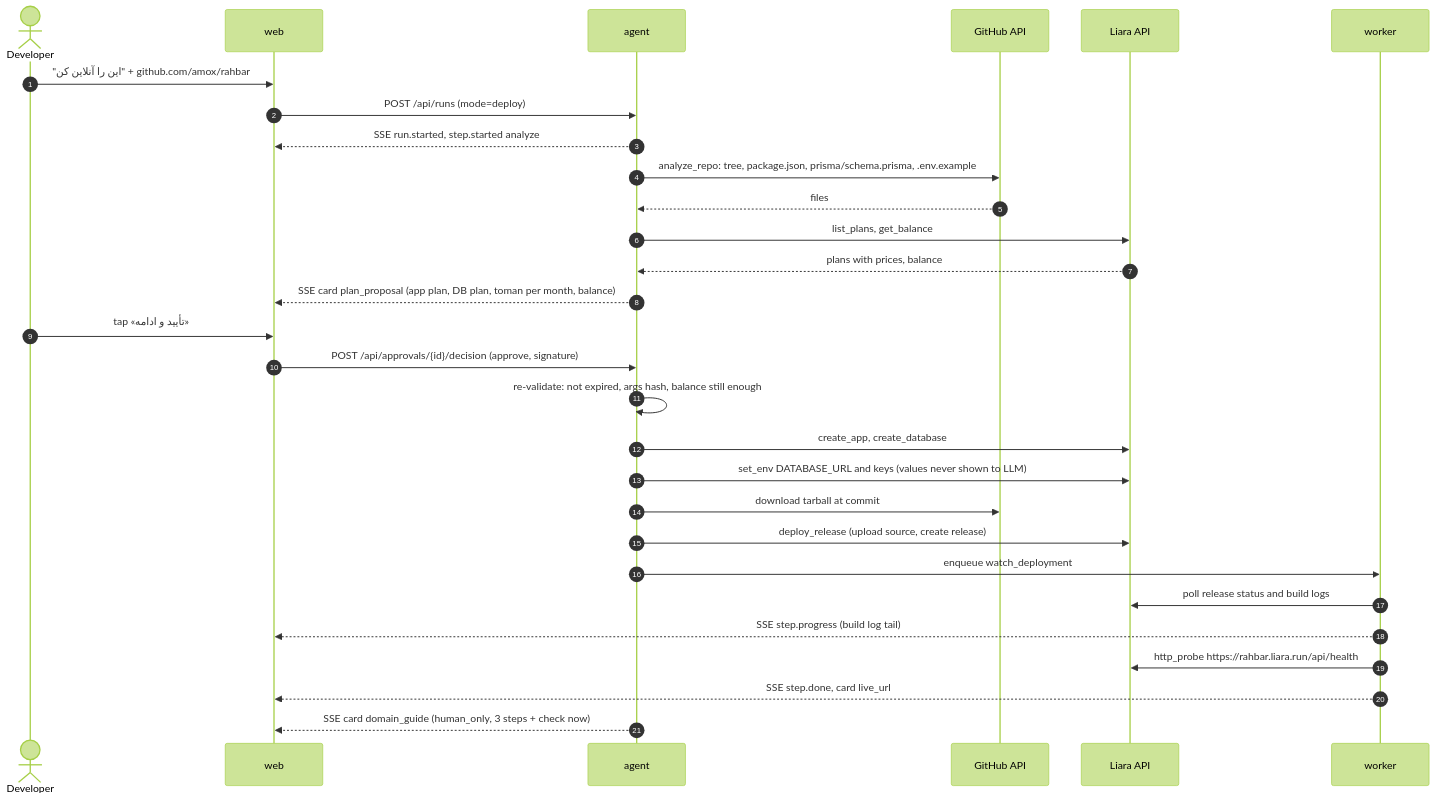
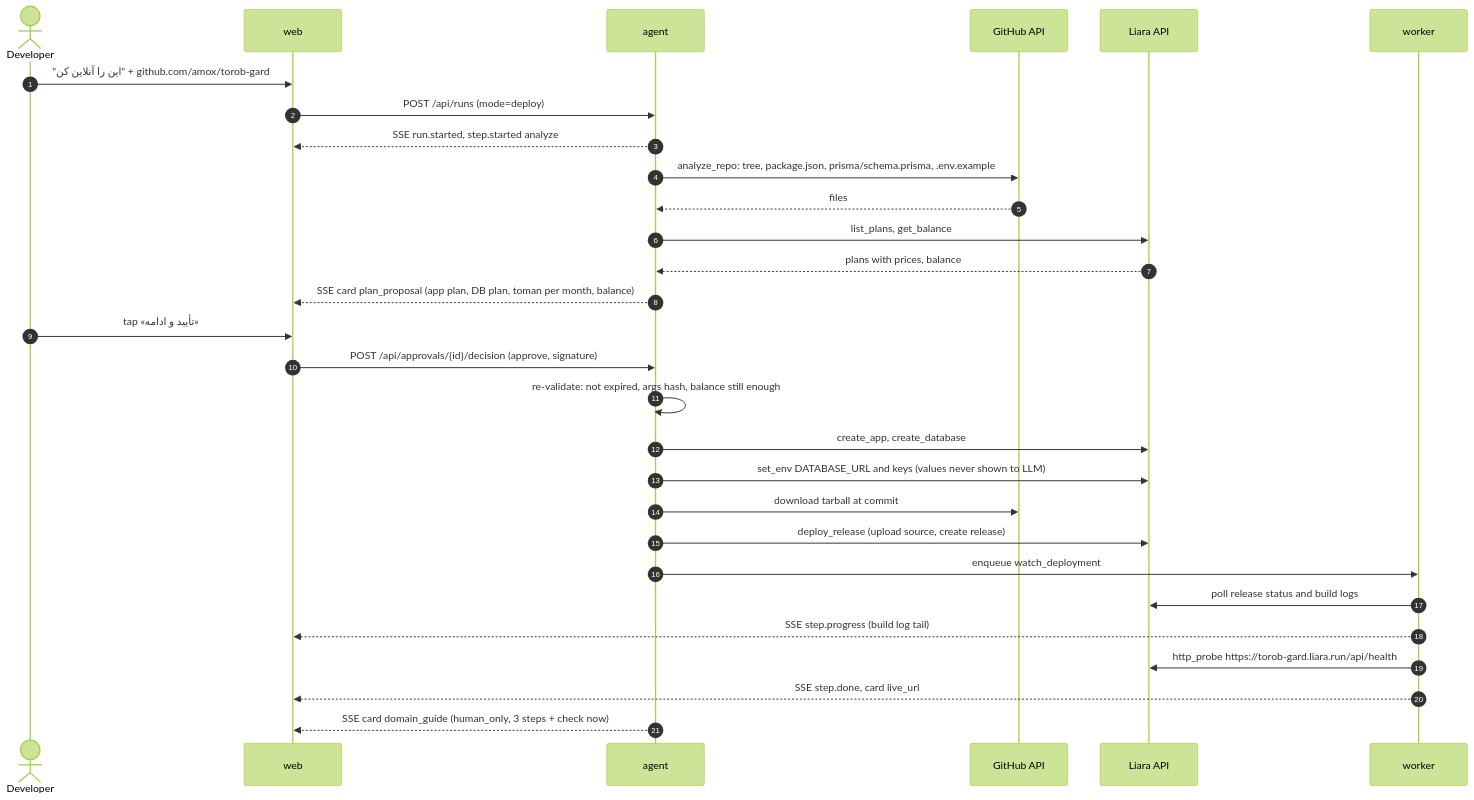
One commit to amircodington/deployar changed the first of 2 diagrams in docs/SYSTEM-DESIGN.md. Above: the diagram before and after it, drawn with Mermaid (forest theme). The commit also changed other lines of this file and 33 other files, not shown here.

````diff
--- a/docs/SYSTEM-DESIGN.md
+++ b/docs/SYSTEM-DESIGN.md
@@ -88,31 +88,31 @@
 ```mermaid
 sequenceDiagram
   autonumber
   actor U as Developer
   participant W as web
   participant A as agent
   participant G as GitHub API
   participant L as Liara API
   participant K as worker
-  U->>W: "این را آنلاین کن" + github.com/amox/rahbar
+  U->>W: "این را آنلاین کن" + github.com/amox/torob-gard
   W->>A: POST /api/runs (mode=deploy)
   A-->>W: SSE run.started, step.started analyze
   A->>G: analyze_repo: tree, package.json, prisma/schema.prisma, .env.example
   G-->>A: files
   A->>L: list_plans, get_balance
   L-->>A: plans with prices, balance
   A-->>W: SSE card plan_proposal (app plan, DB plan, toman per month, balance)
   U->>W: tap «تأیید و ادامه»
   W->>A: POST /api/approvals/{id}/decision (approve, signature)
   A->>A: re-validate: not expired, args hash, balance still enough
   A->>L: create_app, create_database
   A->>L: set_env DATABASE_URL and keys (values never shown to LLM)
   A->>G: download tarball at commit
   A->>L: deploy_release (upload source, create release)
   A->>K: enqueue watch_deployment
   K->>L: poll release status and build logs
   K-->>W: SSE step.progress (build log tail)
-  K->>L: http_probe https://rahbar.liara.run/api/health
+  K->>L: http_probe https://torob-gard.liara.run/api/health
   K-->>W: SSE step.done, card live_url
   A-->>W: SSE card domain_guide (human_only, 3 steps + check now)
 ```
````
